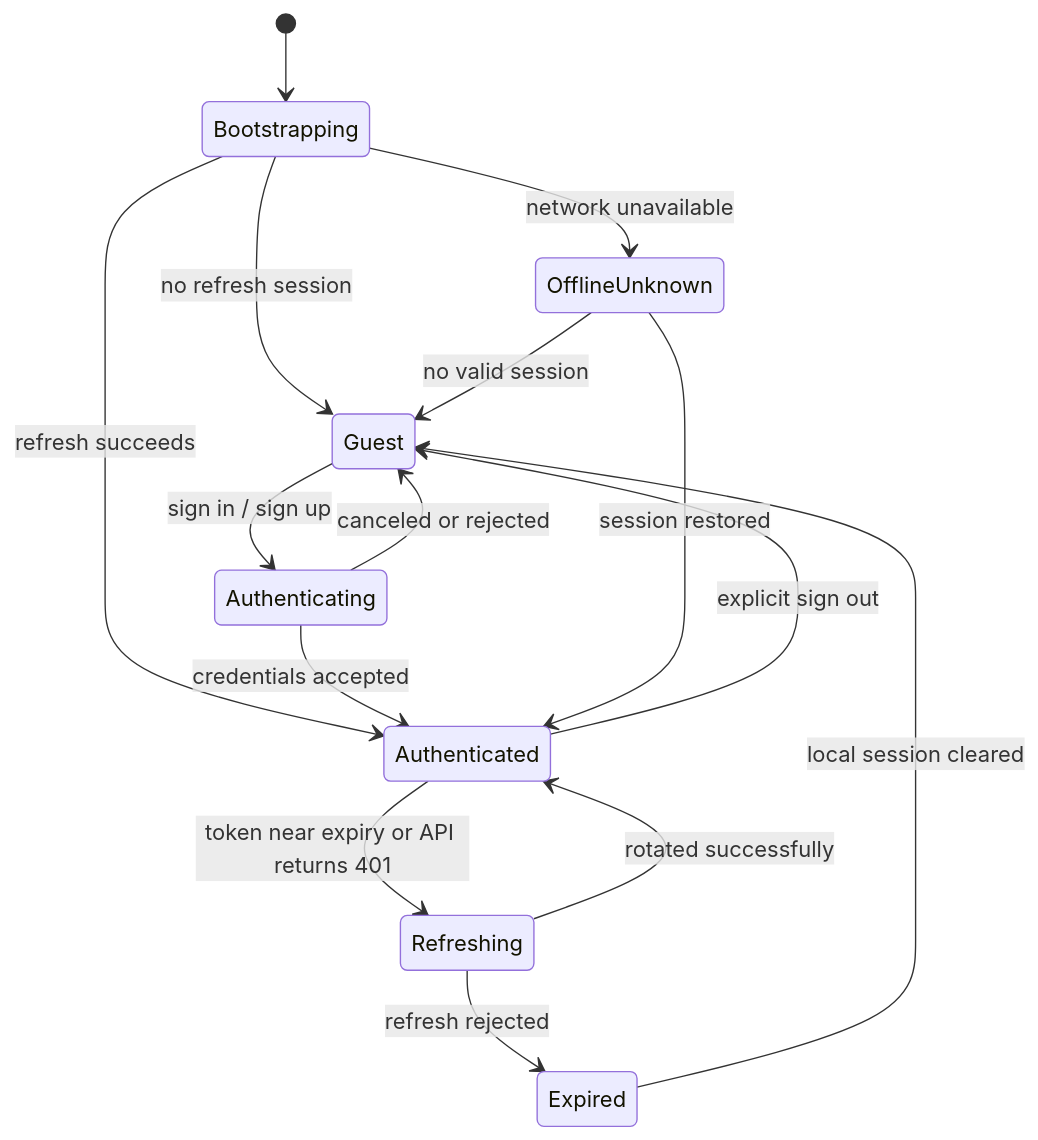
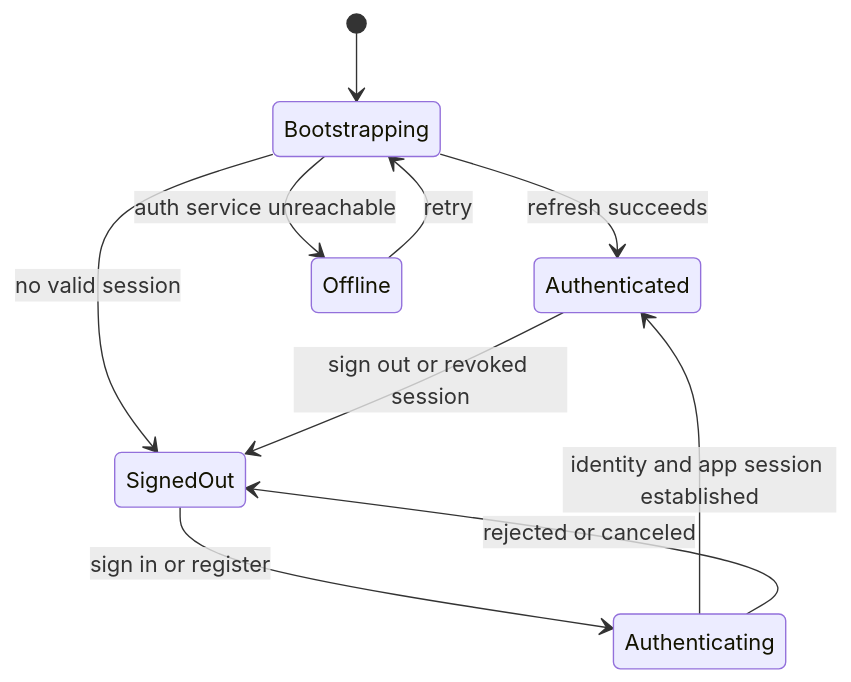
Before and after one commit to maheshdrago/blog-vault: the ninth of 9 diagrams in docs/authentication-and-session-architecture.md, drawn with Mermaid. The commit also changed other lines of this file and 59 other files, not shown here.

````diff
--- a/docs/authentication-and-session-architecture.md
+++ b/docs/authentication-and-session-architecture.md
@@ -765,17 +342,12 @@
 ```mermaid
 stateDiagram-v2
     [*] --> Bootstrapping
-    Bootstrapping --> Guest: no refresh session
     Bootstrapping --> Authenticated: refresh succeeds
-    Bootstrapping --> OfflineUnknown: network unavailable
-    Guest --> Authenticating: sign in / sign up
-    Authenticating --> Authenticated: credentials accepted
-    Authenticating --> Guest: canceled or rejected
-    Authenticated --> Refreshing: token near expiry or API returns 401
-    Refreshing --> Authenticated: rotated successfully
-    Refreshing --> Expired: refresh rejected
-    Authenticated --> Guest: explicit sign out
-    Expired --> Guest: local session cleared
-    OfflineUnknown --> Authenticated: session restored
-    OfflineUnknown --> Guest: no valid session
+    Bootstrapping --> SignedOut: no valid session
+    Bootstrapping --> Offline: auth service unreachable
+    SignedOut --> Authenticating: sign in or register
+    Authenticating --> Authenticated: identity and app session established
+    Authenticating --> SignedOut: rejected or canceled
+    Authenticated --> SignedOut: sign out or revoked session
+    Offline --> Bootstrapping: retry
 ```
````
